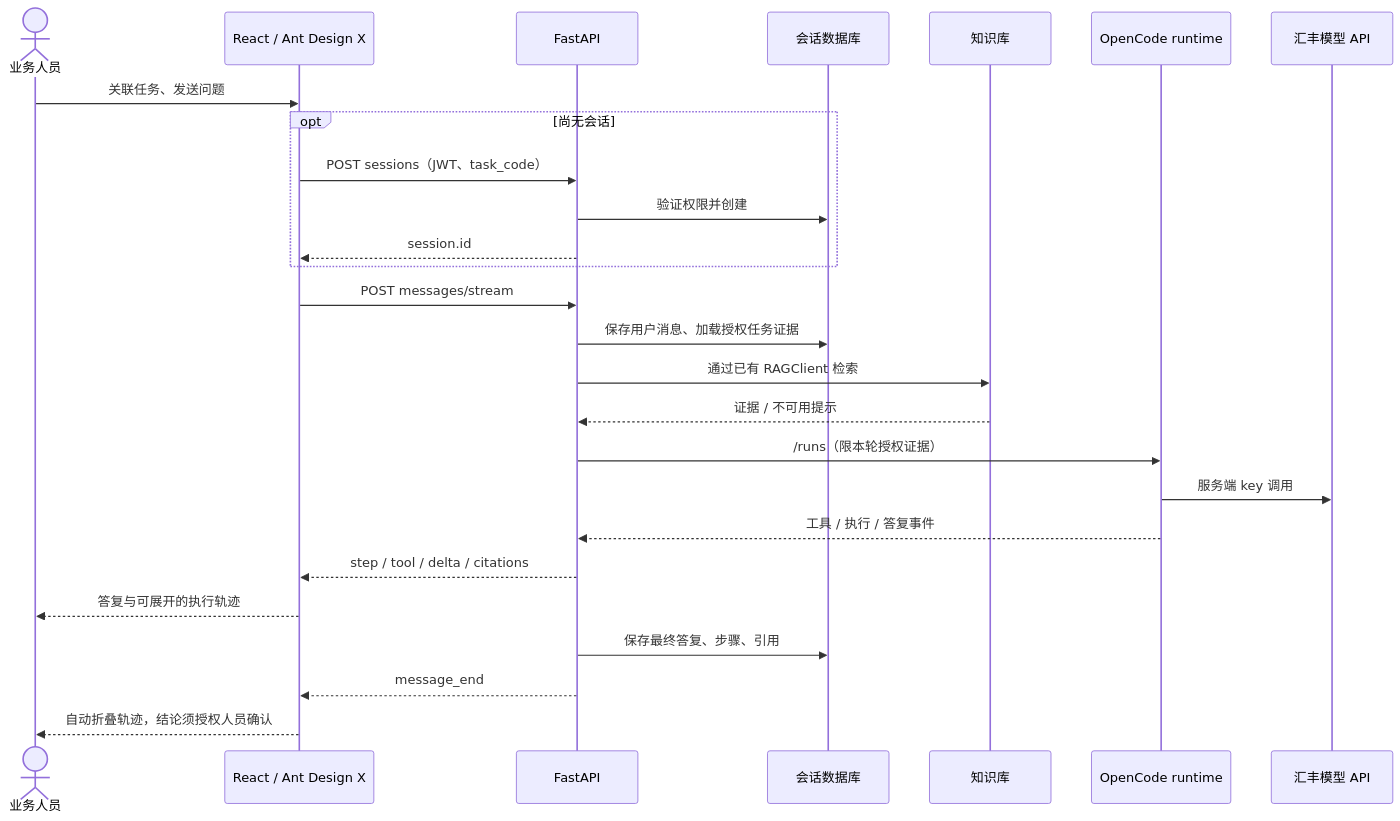
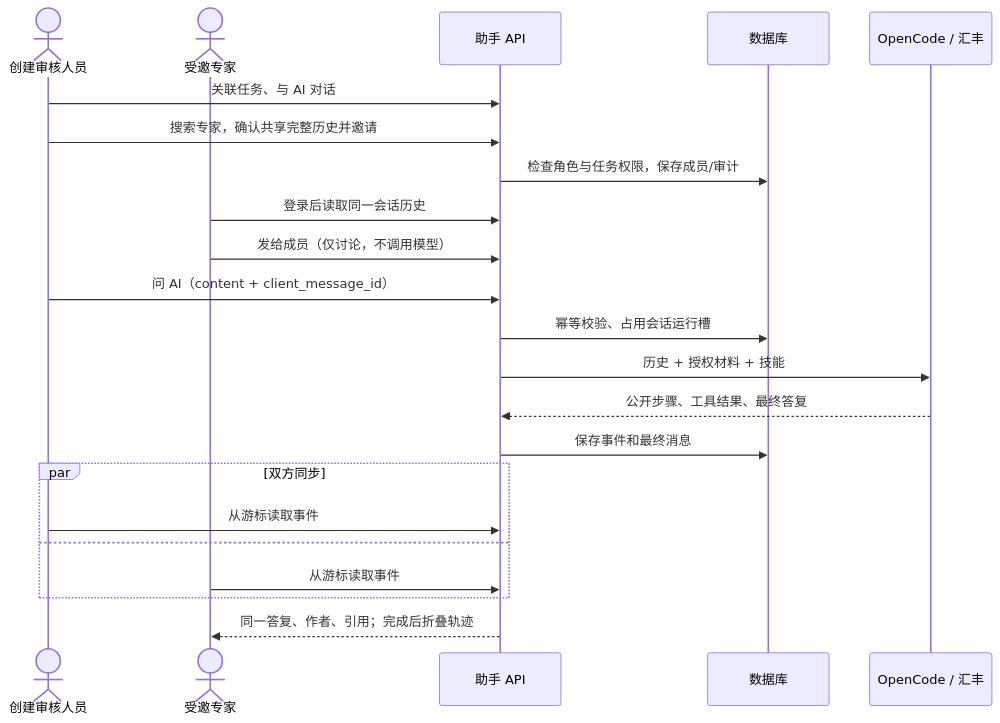
One commit to HBCN-AI-Campaign/HBCN-AI-Campaign-Team8 changed the second of 3 diagrams in docs/ai-assistant/README.md. Above: the diagram before and after it, drawn with Mermaid. The commit also changed other lines of this file and 3 other files, not shown here.

````diff
--- a/docs/ai-assistant/README.md
+++ b/docs/ai-assistant/README.md
@@ -154,28 +52,24 @@
-```mermaid
+~~~mermaid
 sequenceDiagram
-  actor User as 业务人员
-  participant UI as React / Ant Design X
-  participant API as FastAPI
-  participant DB as 会话数据库
-  participant RAG as 知识库
-  participant RT as OpenCode runtime
-  participant LLM as 汇丰模型 API
-  User->>UI: 关联任务、发送问题
-  opt 尚无会话
-    UI->>API: POST sessions（JWT、task_code）
-    API->>DB: 验证权限并创建
-    API-->>UI: session.id
+  actor R as 创建审核人员
+  actor E as 受邀专家
+  participant API as 助手 API
+  participant DB as 数据库
+  participant AI as OpenCode / 汇丰
+  R->>API: 关联任务、与 AI 对话
+  R->>API: 搜索专家，确认共享完整历史并邀请
+  API->>DB: 检查角色与任务权限，保存成员/审计
+  E->>API: 登录后读取同一会话历史
+  E->>API: 发给成员（仅讨论，不调用模型）
+  R->>API: 问 AI（content + client_message_id）
+  API->>DB: 幂等校验、占用会话运行槽
+  API->>AI: 历史 + 授权材料 + 技能
+  AI-->>API: 公开步骤、工具结果、最终答复
+  API->>DB: 保存事件和最终消息
+  par 双方同步
+    R->>API: 从游标读取事件
+  and
+    E->>API: 从游标读取事件
   end
-  UI->>API: POST messages/stream
-  API->>DB: 保存用户消息、加载授权任务证据
-  API->>RAG: 通过已有 RAGClient 检索
-  RAG-->>API: 证据 / 不可用提示
-  API->>RT: /runs（限本轮授权证据）
-  RT->>LLM: 服务端 key 调用
-  RT-->>API: 工具 / 执行 / 答复事件
-  API-->>UI: step / tool / delta / citations
-  UI-->>User: 答复与可展开的执行轨迹
-  API->>DB: 保存最终答复、步骤、引用
-  API-->>UI: message_end
-  UI-->>User: 自动折叠轨迹，结论须授权人员确认
-```
+  API-->>E: 同一答复、作者、引用；完成后折叠轨迹
+~~~
````
